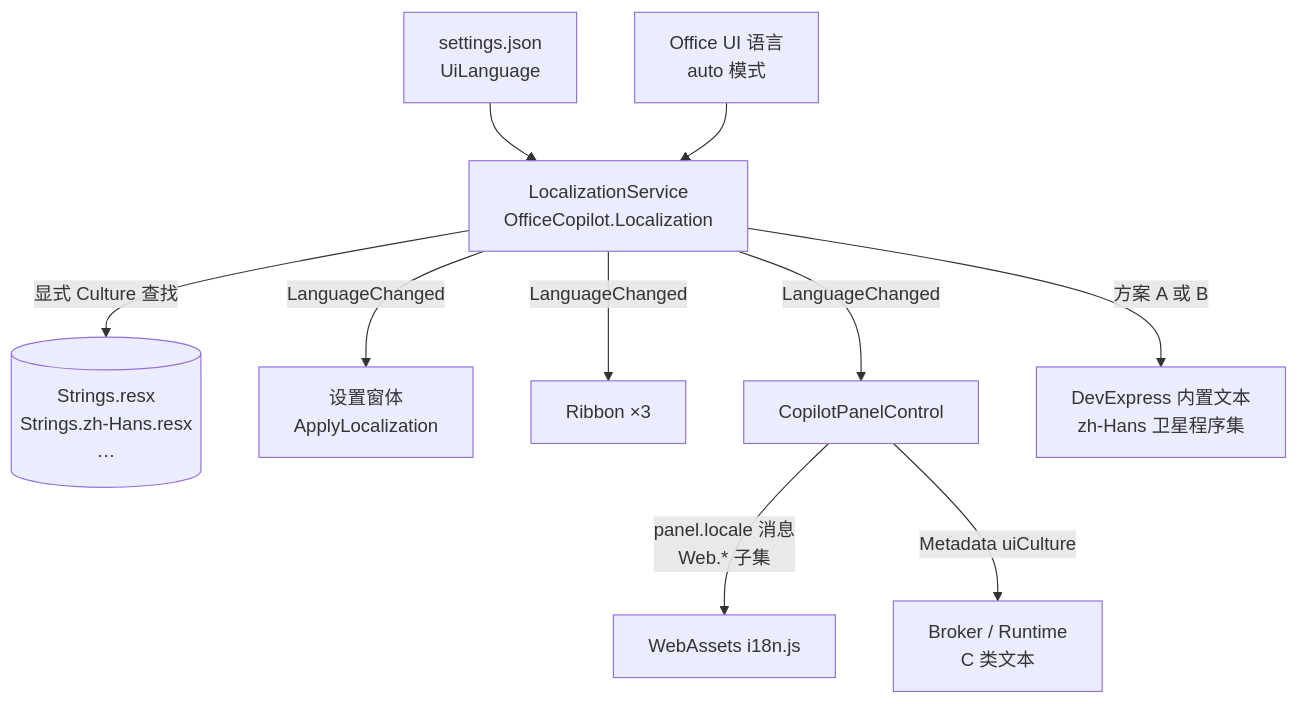
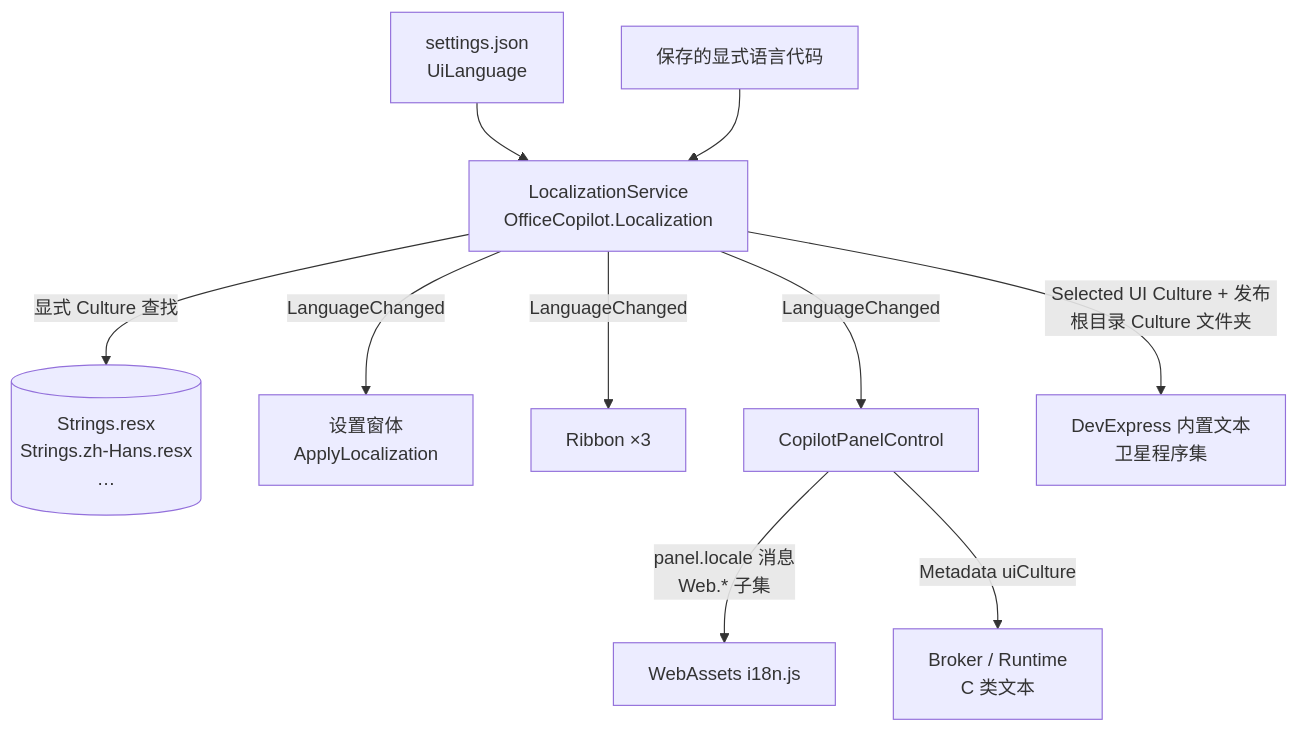
One commit to NixerWong/NixerOfficeCopilot changed the first of 2 diagrams in docs/LOCALIZATION_BLUEPRINT.md. Above: the diagram before and after it, drawn with Mermaid. The commit also changed other lines of this file and 91 other files, not shown here.

````diff
--- a/docs/LOCALIZATION_BLUEPRINT.md
+++ b/docs/LOCALIZATION_BLUEPRINT.md
@@ -137,12 +148,12 @@
 ```mermaid
 graph TB
     S[settings.json<br/>UiLanguage] --> LS[LocalizationService<br/>OfficeCopilot.Localization]
-    O[Office UI 语言<br/>auto 模式] --> LS
+    O[保存的显式语言代码] --> LS
     LS -->|显式 Culture 查找| R[(Strings.resx<br/>Strings.zh-Hans.resx<br/>…)]
     LS -->|LanguageChanged| F[设置窗体<br/>ApplyLocalization]
     LS -->|LanguageChanged| RB[Ribbon ×3]
     LS -->|LanguageChanged| P[CopilotPanelControl]
     P -->|panel.locale 消息<br/>Web.* 子集| JS[WebAssets i18n.js]
     P -->|Metadata uiCulture| B[Broker / Runtime<br/>C 类文本]
-    LS -->|方案 A 或 B| DX[DevExpress 内置文本<br/>zh-Hans 卫星程序集]
+    LS -->|Selected UI Culture + 发布根目录 Culture 文件夹| DX[DevExpress 内置文本<br/>卫星程序集]
 ```
````
